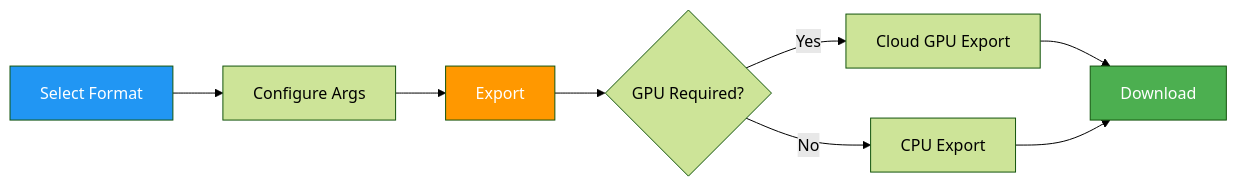
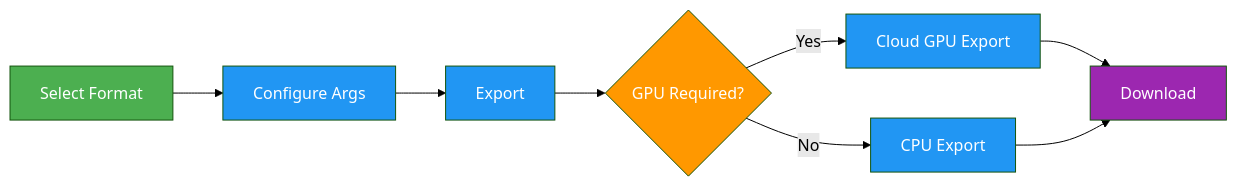
One commit to Dadalia1917/Yolo-RT-DETR-TrainCode changed the second of 2 diagrams in docs/en/platform/train/models.md. Above: the diagram before and after it, drawn with Mermaid (forest theme). The commit also changed other lines of this file and 767 other files, not shown here.

````diff
--- a/docs/en/platform/train/models.md
+++ b/docs/en/platform/train/models.md
@@ -184,14 +184,15 @@
 ```mermaid
 graph LR
-    A[Select Format] --> B[Configure Args]
-    B --> C[Export]
-    C --> D{GPU Required?}
-    D -->|Yes| E[Cloud GPU Export]
-    D -->|No| F[CPU Export]
-    E --> G[Download]
+    A[Select Format]:::start --> B[Configure Args]:::proc
+    B --> C[Export]:::proc
+    C --> D{GPU Required?}:::decide
+    D -->|Yes| E[Cloud GPU Export]:::proc
+    D -->|No| F[CPU Export]:::proc
+    E --> G[Download]:::out
     F --> G
 
-    style A fill:#2196F3,color:#fff
-    style C fill:#FF9800,color:#fff
-    style G fill:#4CAF50,color:#fff
+    classDef start fill:#4CAF50,color:#fff
+    classDef proc fill:#2196F3,color:#fff
+    classDef decide fill:#FF9800,color:#fff
+    classDef out fill:#9C27B0,color:#fff
 ```
````
